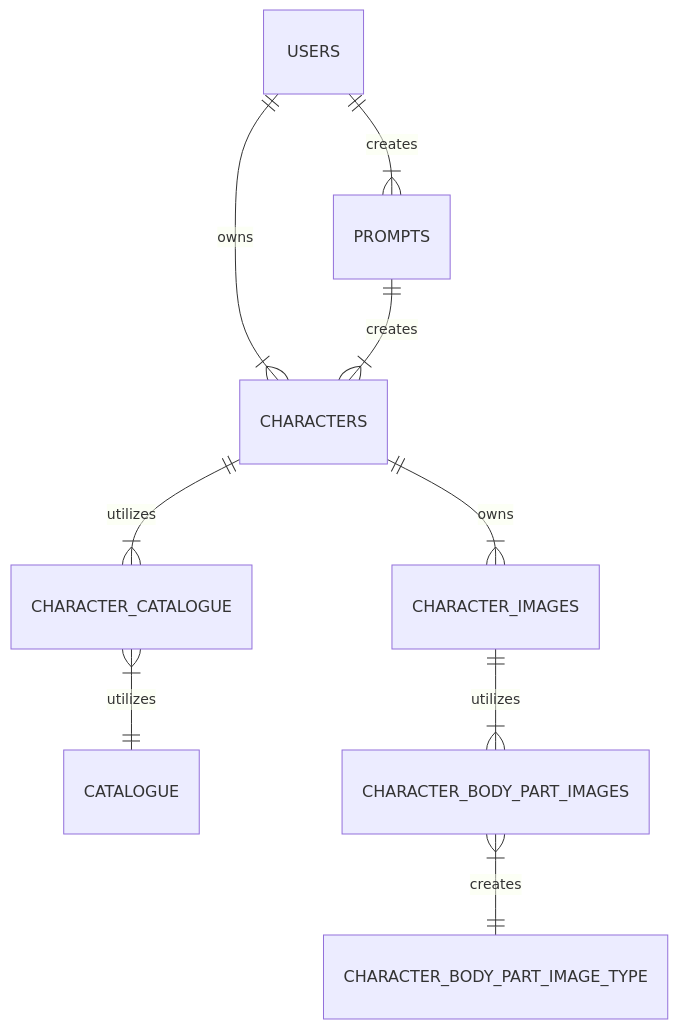
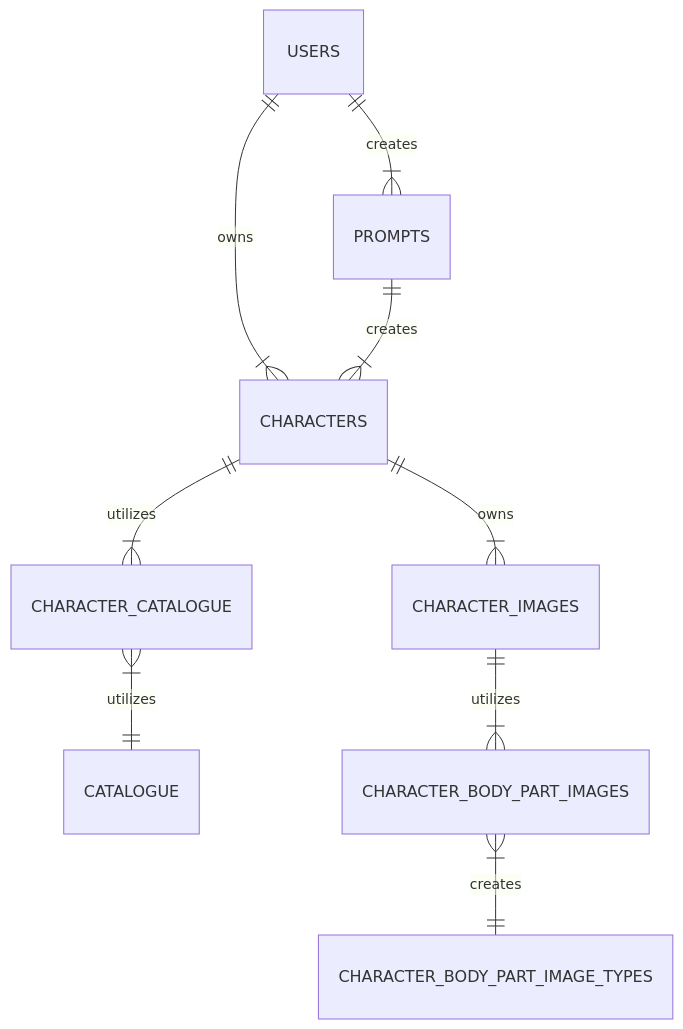
The first of 2 diagrams in README.md (Wren00/create-an-orc), drawn with Mermaid before and after one commit. The commit also changed other lines of this file, not shown here.

````diff
--- a/README.md
+++ b/README.md
@@ -49,11 +49,11 @@
 ```mermaid
 erDiagram
 USERS ||--|{ CHARACTERS : owns
 USERS ||--|{ PROMPTS : creates
 CHARACTERS ||--|{ CHARACTER_IMAGES : owns
 CHARACTERS ||--|{ CHARACTER_CATALOGUE : utilizes
 CHARACTER_CATALOGUE }|--|| CATALOGUE : utilizes
 CHARACTER_IMAGES ||--|{ CHARACTER_BODY_PART_IMAGES : utilizes
-CHARACTER_BODY_PART_IMAGES }|--|| CHARACTER_BODY_PART_IMAGE_TYPE : creates
+CHARACTER_BODY_PART_IMAGES }|--|| CHARACTER_BODY_PART_IMAGE_TYPES : creates
 PROMPTS ||--|{ CHARACTERS : creates
 ```
````
